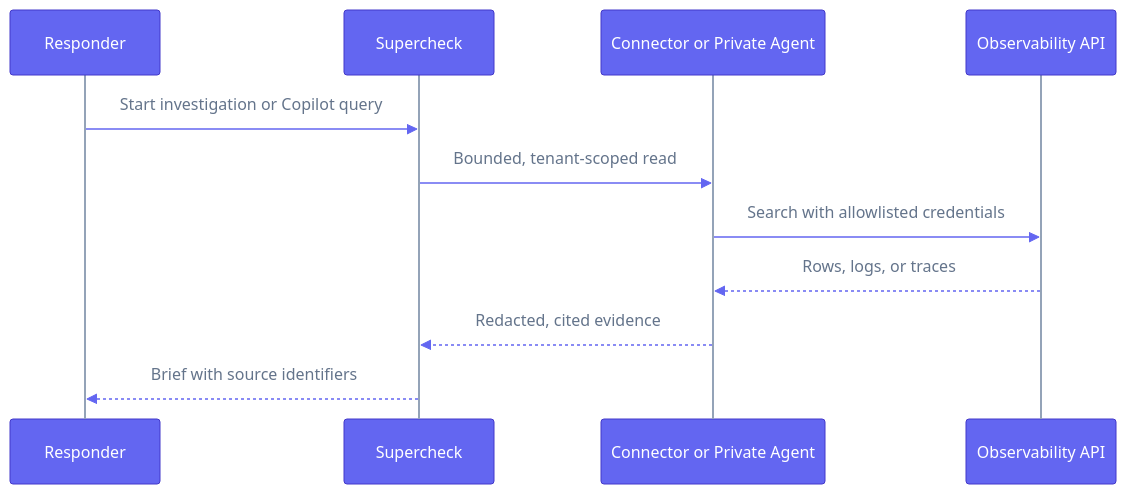
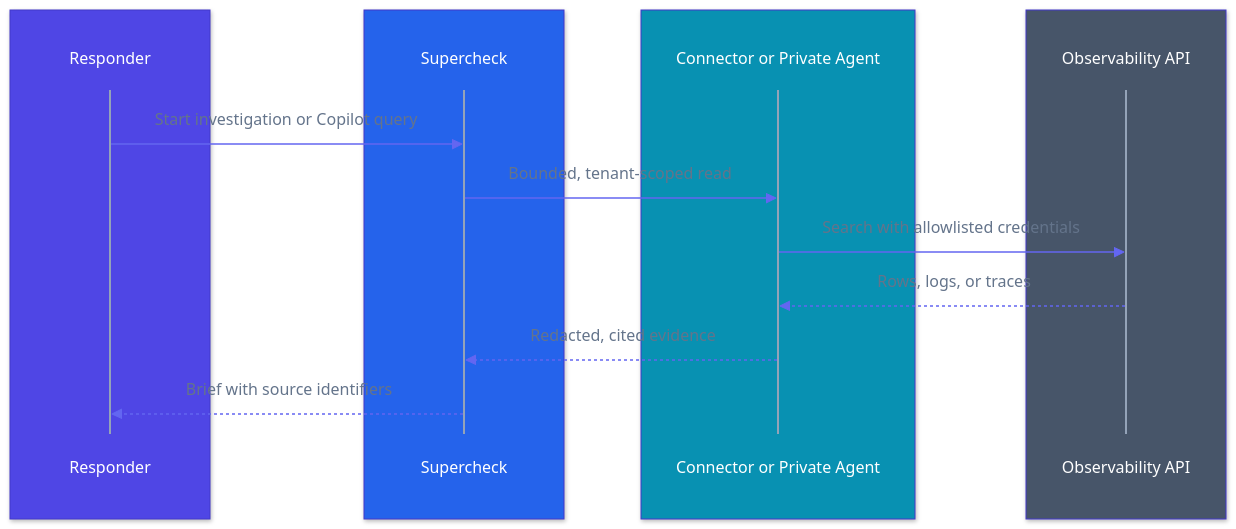
One commit to supercheck-io/supercheck changed the second of 2 diagrams in docs/content/docs/app/investigate/connectors.mdx. Above: the diagram before and after it, drawn with Mermaid. The commit also changed 14 other files, not shown here.

First line of the commit message:
docs: reorganize architecture diagram and add color to sequence diagrams

````diff
--- a/docs/content/docs/app/investigate/connectors.mdx
+++ b/docs/content/docs/app/investigate/connectors.mdx
@@ -52,15 +52,23 @@
 ```mermaid
-%%{init: {"theme":"base","themeVariables":{"fontFamily":"ui-sans-serif, system-ui, -apple-system, Segoe UI, Roboto, sans-serif","primaryColor":"#6366f1","primaryTextColor":"#ffffff","primaryBorderColor":"#4338ca","lineColor":"#94a3b8","actorBkg":"#6366f1","actorBorder":"#4338ca","actorTextColor":"#ffffff","actorLineColor":"#94a3b8","signalColor":"#6366f1","signalTextColor":"#64748b","labelBoxBkgColor":"#f59e0b","labelBoxBorderColor":"#b45309","labelTextColor":"#ffffff","loopTextColor":"#64748b","activationBkgColor":"#8b5cf6","activationBorderColor":"#6d28d9","noteBkgColor":"#f59e0b","noteBorderColor":"#b45309","noteTextColor":"#ffffff","textColor":"#64748b","mainBkg":"#ffffff"}}}%%
+%%{init: {"theme":"base","themeVariables":{"fontFamily":"ui-sans-serif, system-ui, -apple-system, Segoe UI, Roboto, sans-serif","primaryColor":"#6366f1","primaryTextColor":"#ffffff","primaryBorderColor":"#4338ca","lineColor":"#94a3b8","actorBkg":"transparent","actorBorder":"transparent","actorTextColor":"#ffffff","actorLineColor":"#94a3b8","signalColor":"#6366f1","signalTextColor":"#64748b","labelBoxBkgColor":"#d97706","labelBoxBorderColor":"#b45309","labelTextColor":"#ffffff","loopTextColor":"#64748b","activationBkgColor":"#7c3aed","activationBorderColor":"#6d28d9","noteBkgColor":"#d97706","noteBorderColor":"#b45309","noteTextColor":"#ffffff","textColor":"#64748b","mainBkg":"#ffffff"}}}%%
 sequenceDiagram
-    participant Responder
-    participant Supercheck
-    participant Connector as Connector or Private Agent
-    participant Provider as Observability API
+    box rgb(79,70,229)
+        participant Responder
+    end
+    box rgb(37,99,235)
+        participant Supercheck
+    end
+    box rgb(8,145,178)
+        participant Connector as Connector or Private Agent
+    end
+    box rgb(71,85,105)
+        participant Provider as Observability API
+    end
 
     Responder->>Supercheck: Start investigation or Copilot query
     Supercheck->>Connector: Bounded, tenant-scoped read
     Connector->>Provider: Search with allowlisted credentials
     Provider-->>Connector: Rows, logs, or traces
     Connector-->>Supercheck: Redacted, cited evidence
     Supercheck-->>Responder: Brief with source identifiers
 ```
````
